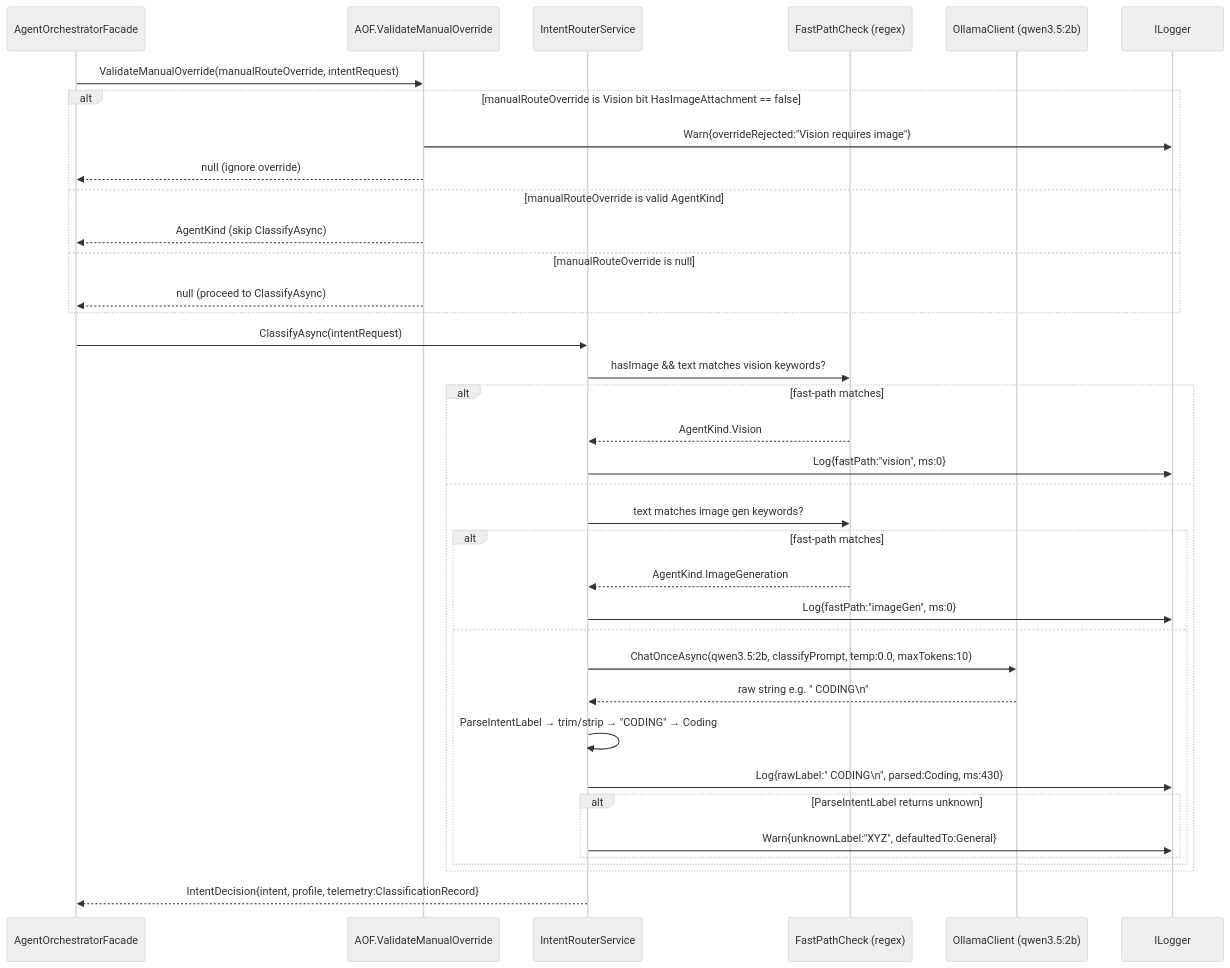
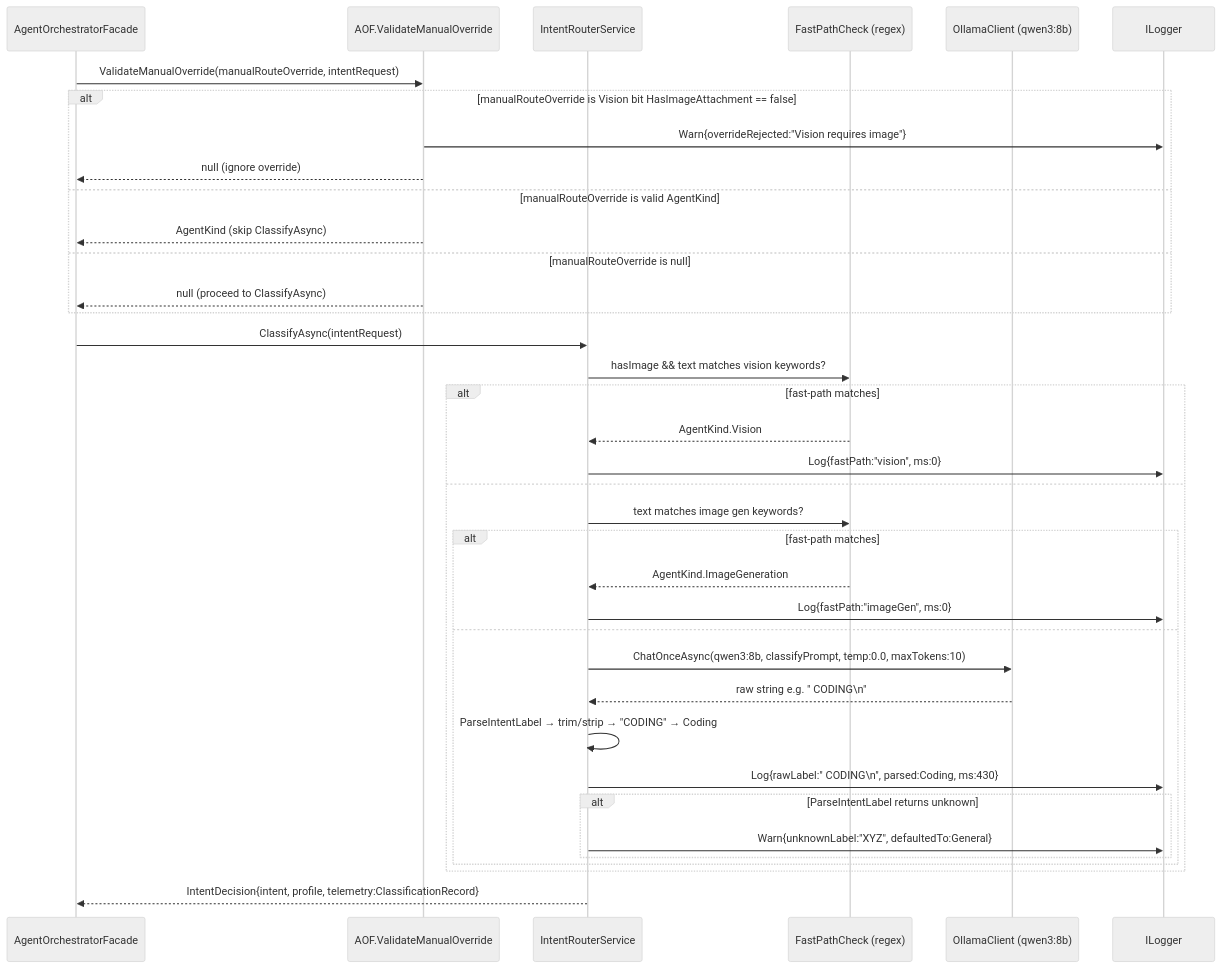
Diagram 16 of 19 in docs/AGENT_2_AGENT_ARCHITECTURE.md (ekanatha-urivakili/EminentAiAgent), drawn with Mermaid (neutral theme) before and after one commit. The commit also changed other lines of this file and 45 other files, not shown here.

````diff
--- a/docs/AGENT_2_AGENT_ARCHITECTURE.md
+++ b/docs/AGENT_2_AGENT_ARCHITECTURE.md
@@ -1209,43 +1222,43 @@
 ```mermaid
 sequenceDiagram
     participant AOF as AgentOrchestratorFacade
     participant AOF_V as AOF.ValidateManualOverride
     participant IR as IntentRouterService
     participant FP as FastPathCheck (regex)
-    participant OC as OllamaClient (qwen3.5:2b)
+    participant OC as OllamaClient (qwen3:8b)
     participant Log as ILogger
 
     AOF->>AOF_V: ValidateManualOverride(manualRouteOverride, intentRequest)
 
     alt manualRouteOverride is Vision bit HasImageAttachment == false
         AOF_V->>Log: Warn{overrideRejected:"Vision requires image"}
         AOF_V-->>AOF: null (ignore override)
     else manualRouteOverride is valid AgentKind
         AOF_V-->>AOF: AgentKind (skip ClassifyAsync)
     else manualRouteOverride is null
         AOF_V-->>AOF: null (proceed to ClassifyAsync)
     end
 
     AOF->>IR: ClassifyAsync(intentRequest)
     IR->>FP: hasImage && text matches vision keywords?
     alt fast-path matches
         FP-->>IR: AgentKind.Vision
         IR->>Log: Log{fastPath:"vision", ms:0}
     else
         IR->>FP: text matches image gen keywords?
         alt fast-path matches
             FP-->>IR: AgentKind.ImageGeneration
             IR->>Log: Log{fastPath:"imageGen", ms:0}
         else
-            IR->>OC: ChatOnceAsync(qwen3.5:2b, classifyPrompt, temp:0.0, maxTokens:10)
+            IR->>OC: ChatOnceAsync(qwen3:8b, classifyPrompt, temp:0.0, maxTokens:10)
             OC-->>IR: raw string e.g. "  CODING\n"
             IR->>IR: ParseIntentLabel → trim/strip → "CODING" → Coding
             IR->>Log: Log{rawLabel:"  CODING\n", parsed:Coding, ms:430}
             alt ParseIntentLabel returns unknown
                 IR->>Log: Warn{unknownLabel:"XYZ", defaultedTo:General}
             end
         end
     end
 
     IR-->>AOF: IntentDecision{intent, profile, telemetry:ClassificationRecord}
 ```
````
